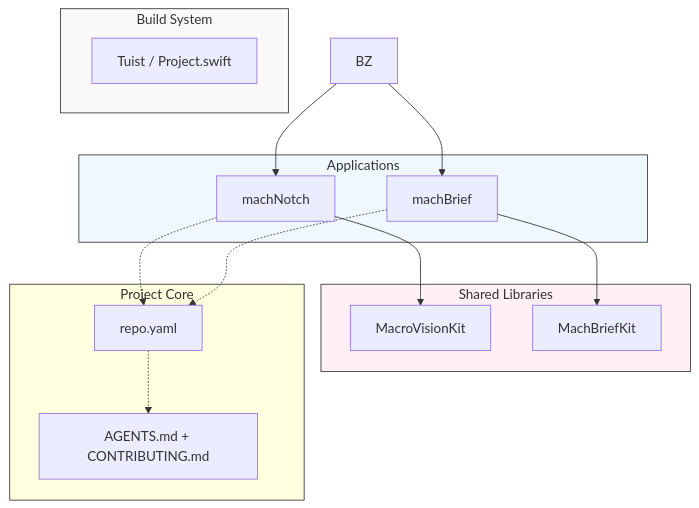
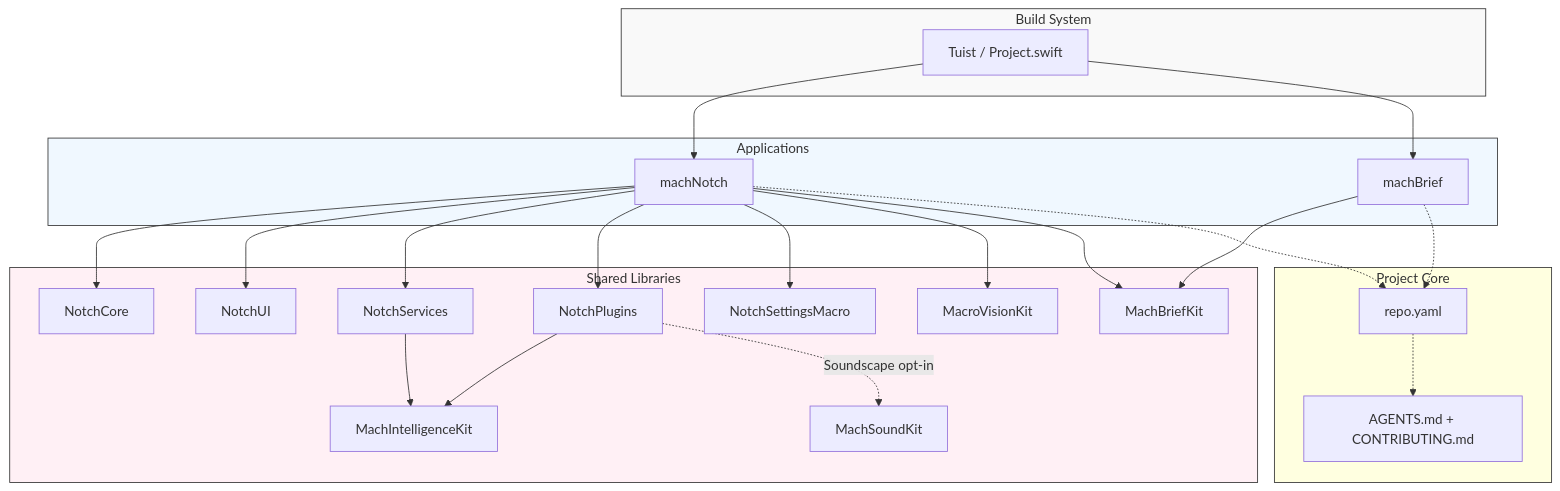
One commit to larsboes/mach-mono changed the diagram in README.md. Above: the diagram before and after it, drawn with Mermaid. The commit also changed other lines of this file and 8 other files, not shown here.

````diff
--- a/README.md
+++ b/README.md
@@ -121,38 +156,48 @@
 ```mermaid
 graph TD
     %% Define Layers
     subgraph BuildOrchestration [Build System]
         TU[Tuist / Project.swift]
     end
 
     subgraph Apps [Applications]
         MN[machNotch]
         MB[machBrief]
     end
 
     subgraph Packages [Shared Libraries]
+        NC[NotchCore]
+        NU[NotchUI]
+        NS[NotchServices]
+        NP[NotchPlugins]
+        NSM[NotchSettingsMacro]
         MVK[MacroVisionKit]
         MBK[MachBriefKit]
+        MIK[MachIntelligenceKit]
+        MSK[MachSoundKit]
     end
 
     subgraph Core [Project Core]
         RY[repo.yaml]
         AG[AGENTS.md + CONTRIBUTING.md]
     end
 
     %% Connections
-    BZ --> MN & MB
-    
-    MN --> MVK
+    TU --> MN & MB
+
+    MN --> NC & NU & NS & NP & NSM & MVK & MBK
     MB --> MBK
+    NS --> MIK
+    NP --> MIK
+    NP -. Soundscape opt-in .-> MSK
 
     %% Core references
     MN & MB -.-> RY
     RY -.-> AG
 
     %% Styling
     style BuildOrchestration fill:#f9f9f9,stroke:#333
     style Apps fill:#f0f8ff,stroke:#333
     style Packages fill:#fff0f5,stroke:#333
     style Core fill:#ffffe0,stroke:#333
 ```
````
